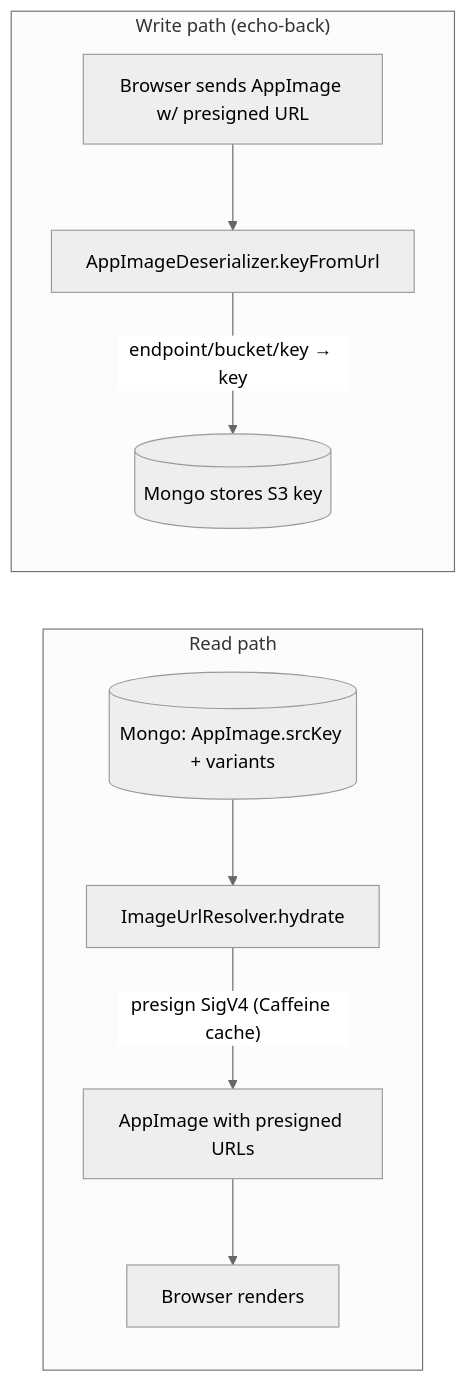
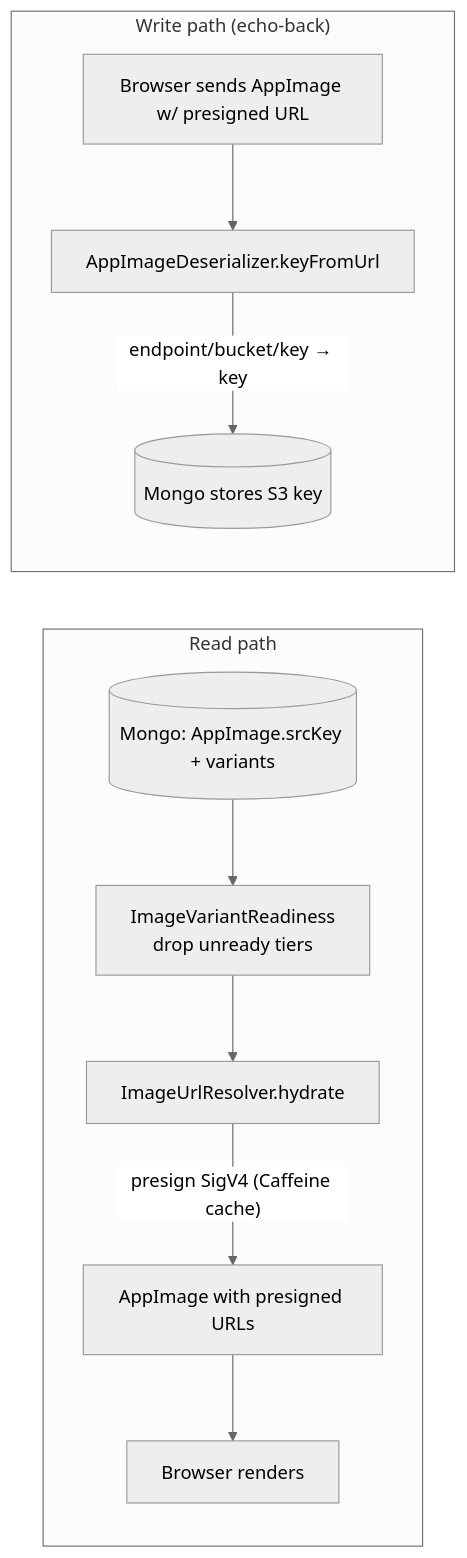
The second of 6 diagrams in z-docs/diagrams/media-gallery.md (Saganaut/ambi), drawn with Mermaid (neutral theme) before and after one commit. The commit also changed other lines of this file and 87 other files, not shown here.

First line of the commit message:
feat(media): add async image-variant rendering pipeline

````diff
--- a/z-docs/diagrams/media-gallery.md
+++ b/z-docs/diagrams/media-gallery.md
@@ -54,12 +63,13 @@
 ```mermaid
 flowchart LR
     subgraph read["Read path"]
-        M1[("Mongo: AppImage.srcKey + variants")] --> UR["ImageUrlResolver.hydrate"]
+        M1[("Mongo: AppImage.srcKey + variants")] --> RF["ImageVariantReadiness<br/>drop unready tiers"]
+        RF --> UR["ImageUrlResolver.hydrate"]
         UR -->|"presign SigV4 (Caffeine cache)"| OUT["AppImage with presigned URLs"]
         OUT --> FE1["Browser renders"]
     end
     subgraph write["Write path (echo-back)"]
         FE2["Browser sends AppImage w/ presigned URL"] --> DES["AppImageDeserializer.keyFromUrl"]
         DES -->|"endpoint/bucket/key → key"| M2[("Mongo stores S3 key")]
     end
 ```
````
